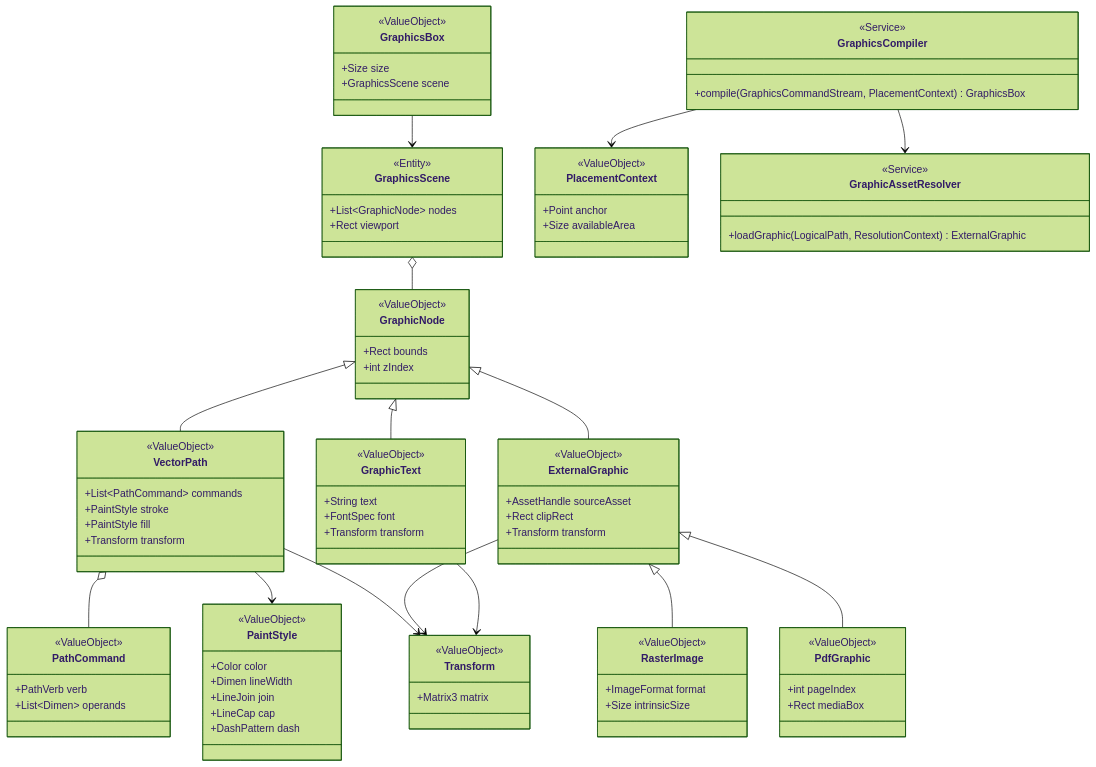
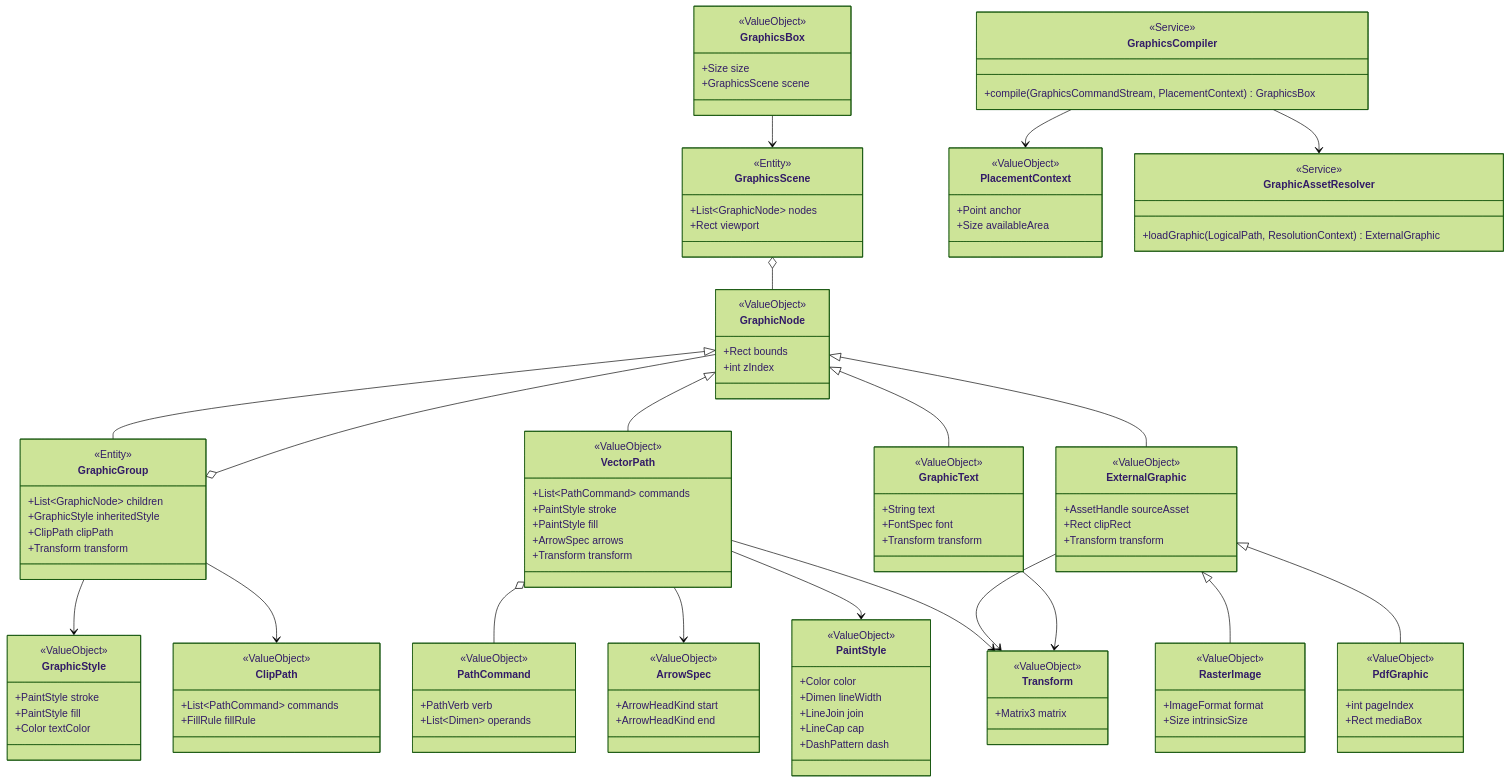
One commit to RK0429/ferritex changed the fourth of 12 diagrams in docs/domain_model.md. Above: the diagram before and after it, drawn with Mermaid (forest theme). The commit also changed other lines of this file, not shown here.

```diff
--- a/docs/domain_model.md
+++ b/docs/domain_model.md
@@ -854,11 +877,19 @@
         +Rect bounds
         +int zIndex
     }
+    class GraphicGroup {
+        <<Entity>>
+        +List~GraphicNode~ children
+        +GraphicStyle inheritedStyle
+        +ClipPath clipPath
+        +Transform transform
+    }
     class VectorPath {
         <<ValueObject>>
         +List~PathCommand~ commands
         +PaintStyle stroke
         +PaintStyle fill
+        +ArrowSpec arrows
         +Transform transform
     }
     class ExternalGraphic {
@@ -888,6 +919,22 @@
         +PathVerb verb
         +List~Dimen~ operands
     }
+    class GraphicStyle {
+        <<ValueObject>>
+        +PaintStyle stroke
+        +PaintStyle fill
+        +Color textColor
+    }
+    class ClipPath {
+        <<ValueObject>>
+        +List~PathCommand~ commands
+        +FillRule fillRule
+    }
+    class ArrowSpec {
+        <<ValueObject>>
+        +ArrowHeadKind start
+        +ArrowHeadKind end
+    }
     class PaintStyle {
         <<ValueObject>>
         +Color color
@@ -914,14 +961,19 @@
         +loadGraphic(LogicalPath, ResolutionContext) ExternalGraphic
     }
 
+    GraphicNode <|-- GraphicGroup
     GraphicNode <|-- VectorPath
     GraphicNode <|-- ExternalGraphic
     GraphicNode <|-- GraphicText
+    GraphicGroup o-- GraphicNode
+    GraphicGroup --> GraphicStyle
+    GraphicGroup --> ClipPath
     ExternalGraphic <|-- RasterImage
     ExternalGraphic <|-- PdfGraphic
     GraphicsBox --> GraphicsScene
     GraphicsScene o-- GraphicNode
     VectorPath o-- PathCommand
+    VectorPath --> ArrowSpec
     VectorPath --> PaintStyle
     VectorPath --> Transform
     ExternalGraphic --> Transform
```
